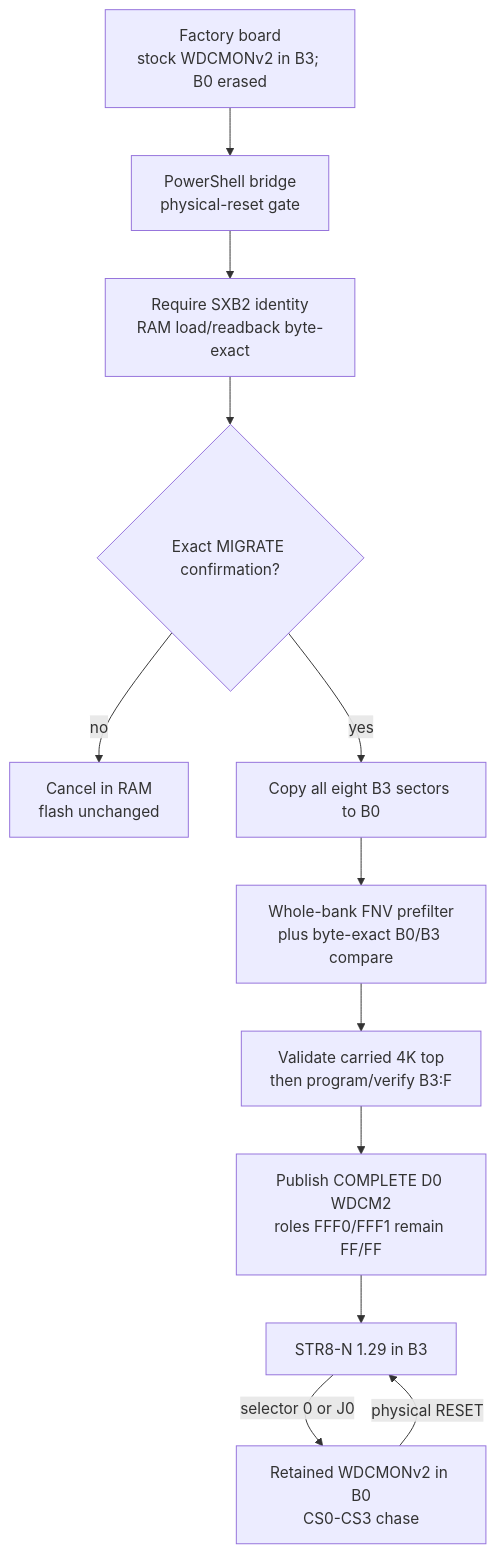
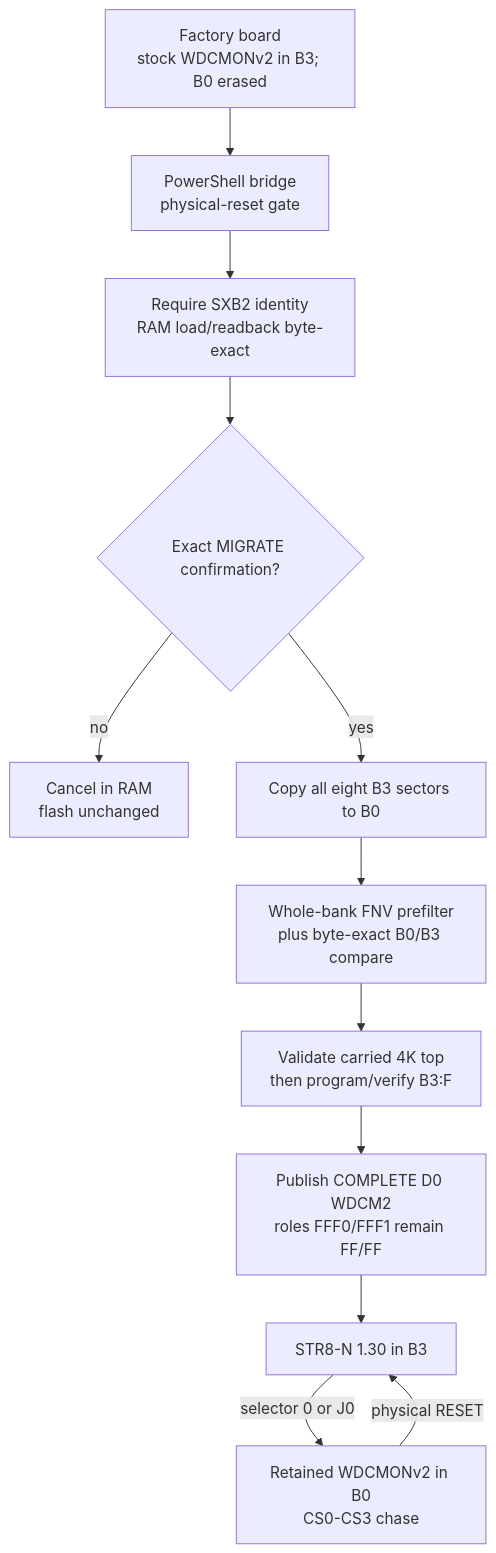
The fifth of 14 diagrams in docs/MAPS.md (95westus/STR8-N), drawn with Mermaid before and after one commit. The commit also changed other lines of this file and 45 other files, not shown here.

````diff
--- a/docs/MAPS.md
+++ b/docs/MAPS.md
@@ -108,14 +108,14 @@
 ```mermaid
 flowchart TD
     F[Factory board<br/>stock WDCMONv2 in B3; B0 erased] --> H[PowerShell bridge<br/>physical-reset gate]
     H --> V[Require SXB2 identity<br/>RAM load/readback byte-exact]
     V --> M{Exact MIGRATE confirmation?}
     M -->|no| X[Cancel in RAM<br/>flash unchanged]
     M -->|yes| C[Copy all eight B3 sectors to B0]
     C --> E[Whole-bank FNV prefilter<br/>plus byte-exact B0/B3 compare]
     E --> T[Validate carried 4K top<br/>then program/verify B3:F]
     T --> D[Publish COMPLETE D0 WDCM2<br/>roles FFF0/FFF1 remain FF/FF]
-    D --> S[STR8-N 1.29 in B3]
+    D --> S[STR8-N 1.30 in B3]
     S -->|selector 0 or J0| W[Retained WDCMONv2 in B0<br/>CS0-CS3 chase]
     W -->|physical RESET| S
 ```
````
